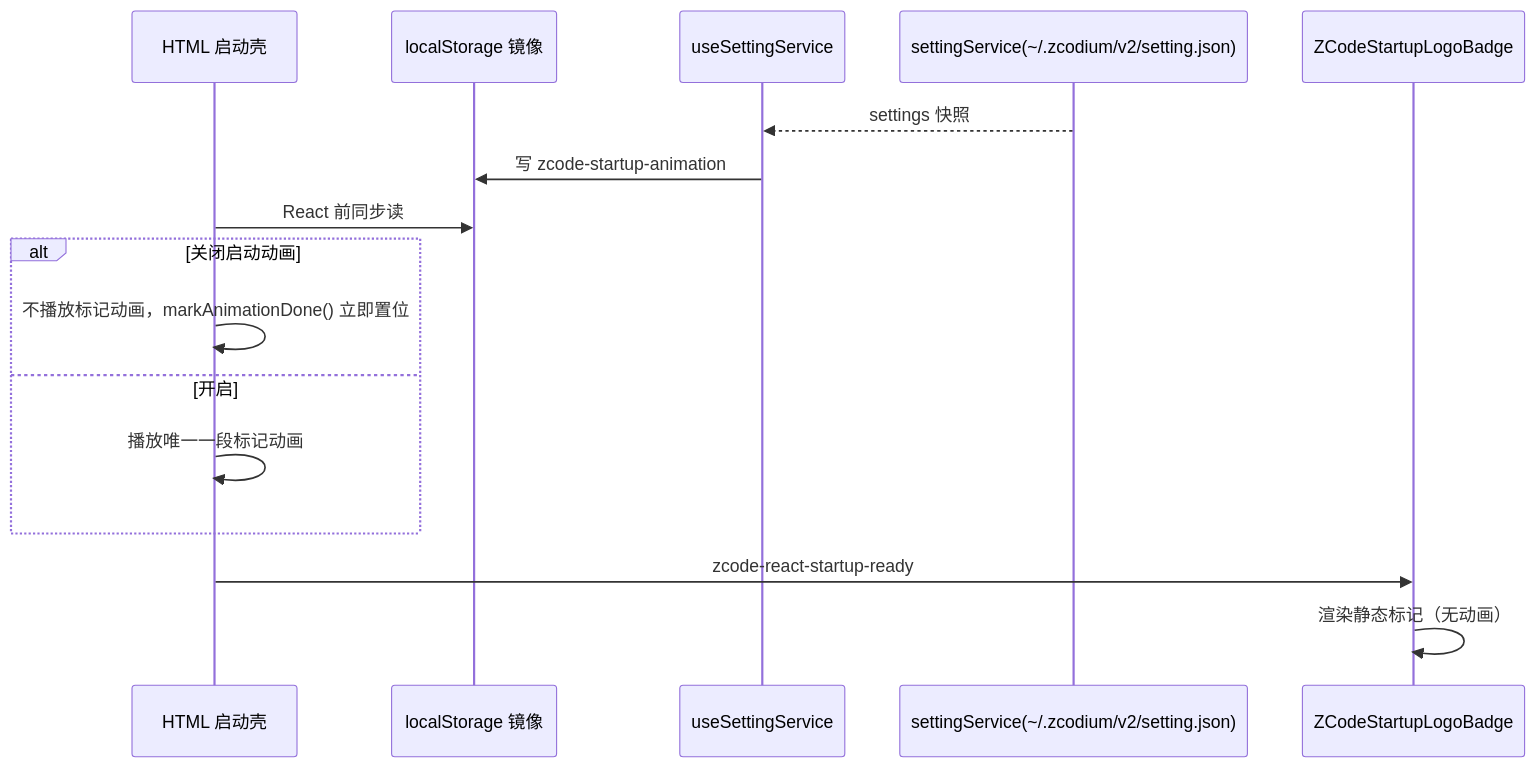
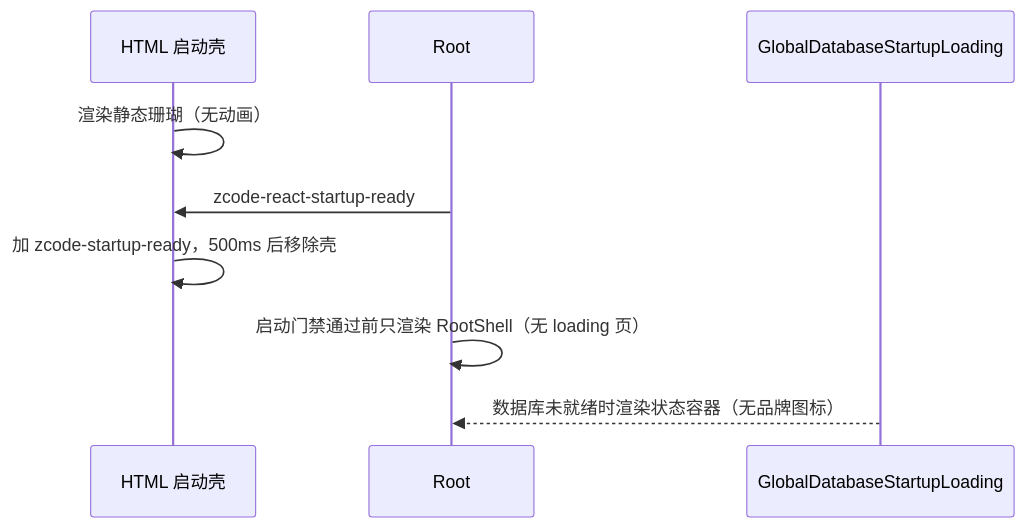
Before and after one commit to MoyaMryia/ZCodium: the diagram in .agents/specs/zcodium-startup-identity.md, drawn with Mermaid. The commit also changed other lines of this file and 9 other files, not shown here.

First line of the commit message:
fix: drop the startup animation and the React startup page

````diff
--- a/.agents/specs/zcodium-startup-identity.md
+++ b/.agents/specs/zcodium-startup-identity.md
@@ -42,19 +37,12 @@
 ```mermaid
 sequenceDiagram
     participant Shell as HTML 启动壳
-    participant Mirror as localStorage 镜像
-    participant Hook as useSettingService
-    participant Svc as settingService(~/.zcodium/v2/setting.json)
-    participant React as ZCodeStartupLogoBadge
+    participant React as Root
+    participant DB as GlobalDatabaseStartupLoading
 
-    Svc-->>Hook: settings 快照
-    Hook->>Mirror: 写 zcode-startup-animation
-    Shell->>Mirror: React 前同步读
-    alt 关闭启动动画
-        Shell->>Shell: 不播放标记动画，markAnimationDone() 立即置位
-    else 开启
-        Shell->>Shell: 播放唯一一段标记动画
-    end
-    Shell->>React: zcode-react-startup-ready
-    React->>React: 渲染静态标记（无动画）
+    Shell->>Shell: 渲染静态珊瑚（无动画）
+    React->>Shell: zcode-react-startup-ready
+    Shell->>Shell: 加 zcode-startup-ready，500ms 后移除壳
+    React->>React: 启动门禁通过前只渲染 RootShell（无 loading 页）
+    DB-->>React: 数据库未就绪时渲染状态容器（无品牌图标）
 ```
````
